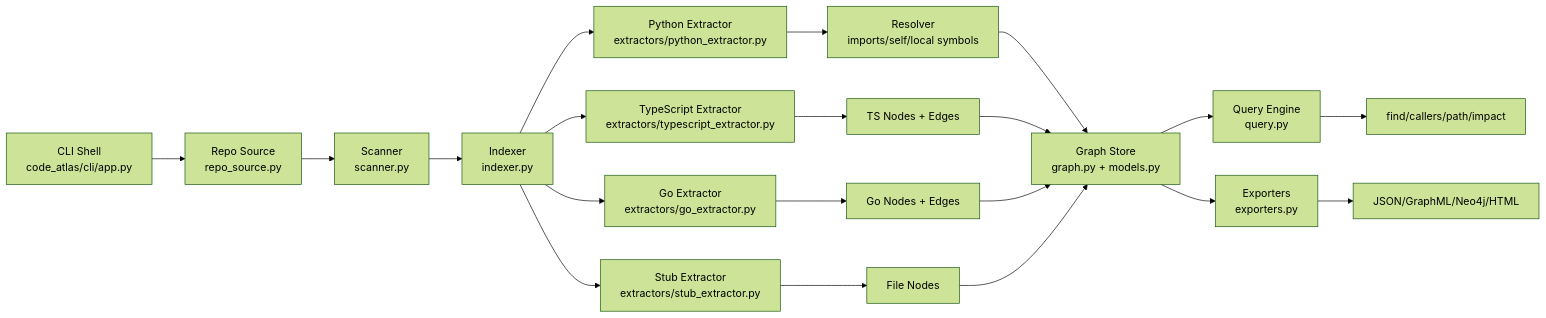
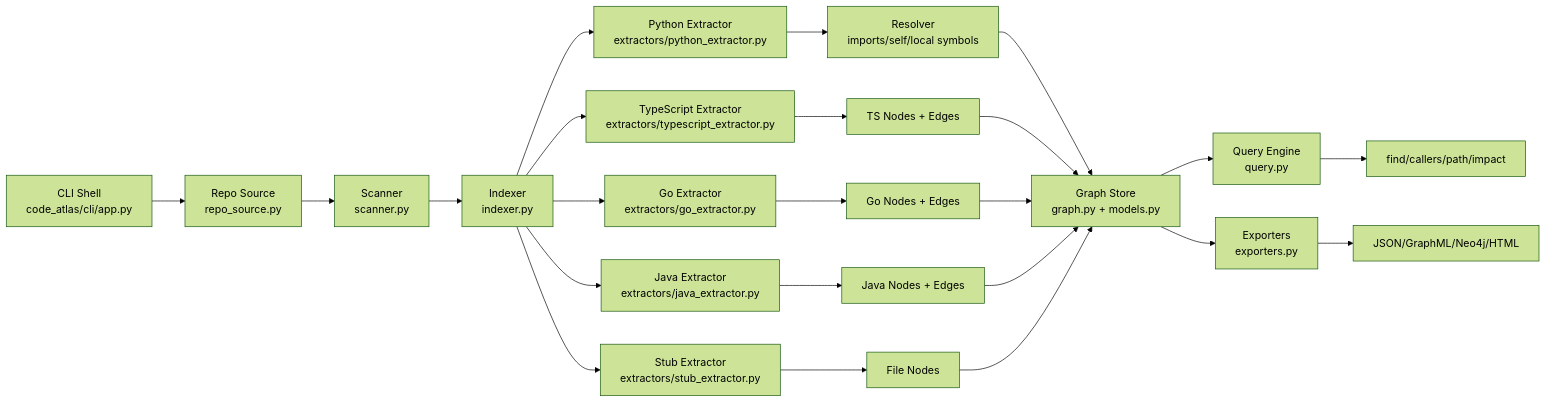
Before and after one commit to anismabaziz/saurix: the fifth of 9 diagrams in README.md, drawn with Mermaid (forest theme). The commit also changed other lines of this file and 4 other files, not shown here.

````diff
--- a/README.md
+++ b/README.md
@@ -150,22 +150,25 @@
 ```mermaid
 flowchart LR
     A[CLI Shell\ncode_atlas/cli/app.py] --> B[Repo Source\nrepo_source.py]
     B --> C[Scanner\nscanner.py]
     C --> D[Indexer\nindexer.py]
     D --> E1[Python Extractor\nextractors/python_extractor.py]
     D --> E2[TypeScript Extractor\nextractors/typescript_extractor.py]
     D --> E3[Go Extractor\nextractors/go_extractor.py]
-    D --> E4[Stub Extractor\nextractors/stub_extractor.py]
+    D --> E4[Java Extractor\nextractors/java_extractor.py]
+    D --> E5[Stub Extractor\nextractors/stub_extractor.py]
     E1 --> F[Resolver\nimports/self/local symbols]
     E2 --> G[TS Nodes + Edges]
     E3 --> H2[Go Nodes + Edges]
-    E4 --> G2[File Nodes]
+    E4 --> J2[Java Nodes + Edges]
+    E5 --> G2[File Nodes]
     F --> H[Graph Store\ngraph.py + models.py]
     G --> H
     H2 --> H
+    J2 --> H
     G2 --> H
     H --> I[Query Engine\nquery.py]
     H --> J[Exporters\nexporters.py]
     I --> K[find/callers/path/impact]
     J --> L[JSON/GraphML/Neo4j/HTML]
 ```
````
